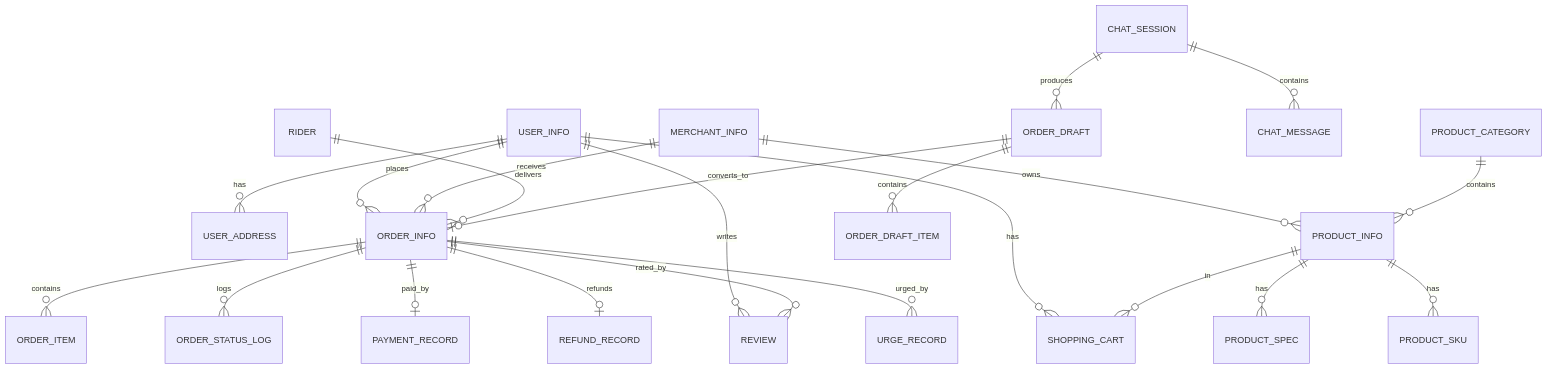
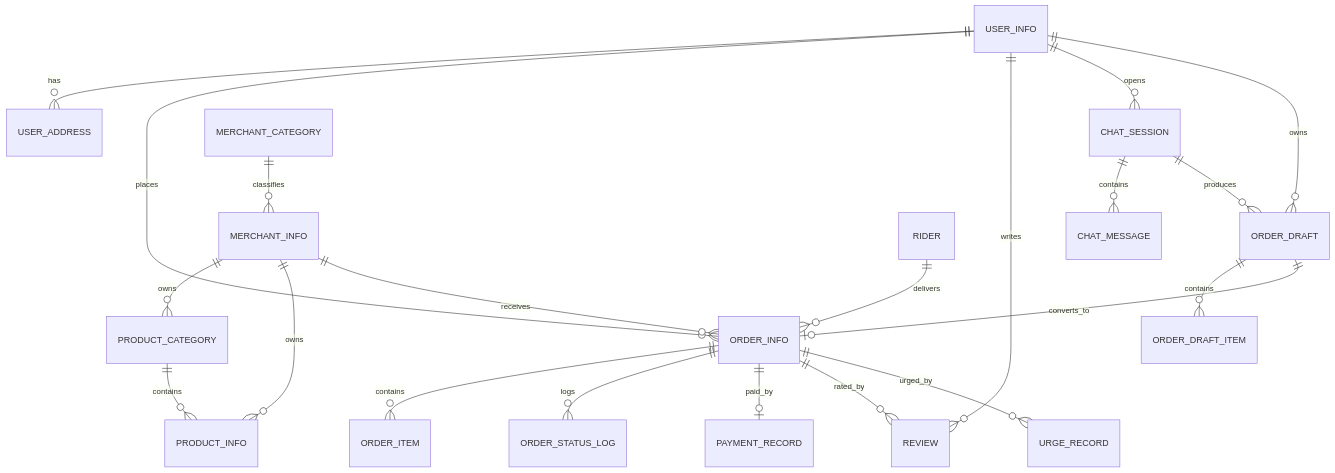
One commit to KeepRising-l/LuckTakeOut changed the diagram in thesis-docs/03-系统设计.md. Above: the diagram before and after it, drawn with Mermaid. The commit also changed other lines of this file and 41 other files, not shown here.

````diff
--- a/thesis-docs/03-系统设计.md
+++ b/thesis-docs/03-系统设计.md
@@ -160,24 +199,23 @@
 ```mermaid
 erDiagram
     USER_INFO ||--o{ USER_ADDRESS : has
     USER_INFO ||--o{ ORDER_INFO : places
     USER_INFO ||--o{ REVIEW : writes
+    USER_INFO ||--o{ CHAT_SESSION : opens
+    USER_INFO ||--o{ ORDER_DRAFT : owns
+    MERCHANT_CATEGORY ||--o{ MERCHANT_INFO : classifies
+    MERCHANT_INFO ||--o{ PRODUCT_CATEGORY : owns
     MERCHANT_INFO ||--o{ PRODUCT_INFO : owns
+    MERCHANT_INFO ||--o{ ORDER_INFO : receives
     PRODUCT_CATEGORY ||--o{ PRODUCT_INFO : contains
-    PRODUCT_INFO ||--o{ PRODUCT_SPEC : has
-    PRODUCT_INFO ||--o{ PRODUCT_SKU : has
-    USER_INFO ||--o{ SHOPPING_CART : has
-    PRODUCT_INFO ||--o{ SHOPPING_CART : in
-    MERCHANT_INFO ||--o{ ORDER_INFO : receives
     ORDER_INFO ||--o{ ORDER_ITEM : contains
     ORDER_INFO ||--o{ ORDER_STATUS_LOG : logs
     ORDER_INFO ||--o| PAYMENT_RECORD : paid_by
-    ORDER_INFO ||--o| REFUND_RECORD : refunds
-    RIDER ||--o{ ORDER_INFO : delivers
     ORDER_INFO ||--o{ REVIEW : rated_by
     ORDER_INFO ||--o{ URGE_RECORD : urged_by
+    RIDER ||--o{ ORDER_INFO : delivers
     CHAT_SESSION ||--o{ CHAT_MESSAGE : contains
     CHAT_SESSION ||--o{ ORDER_DRAFT : produces
     ORDER_DRAFT ||--o{ ORDER_DRAFT_ITEM : contains
     ORDER_DRAFT ||--o| ORDER_INFO : converts_to
 ```
````
